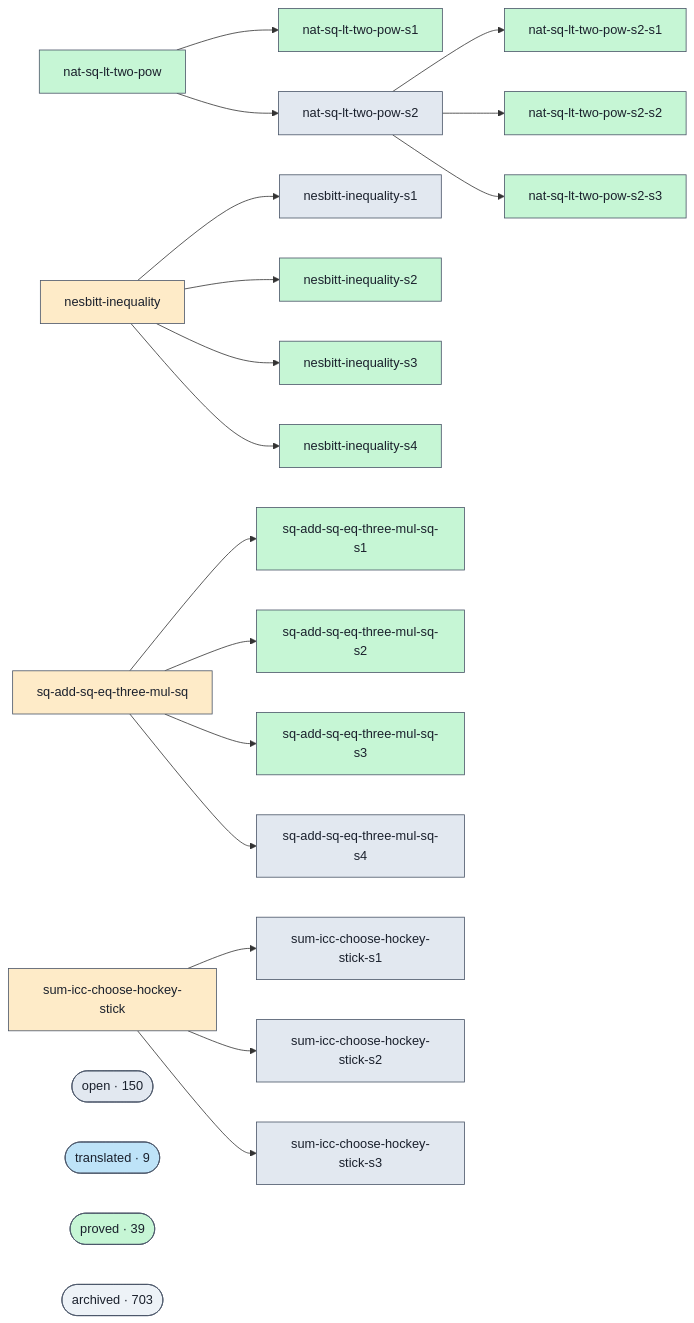
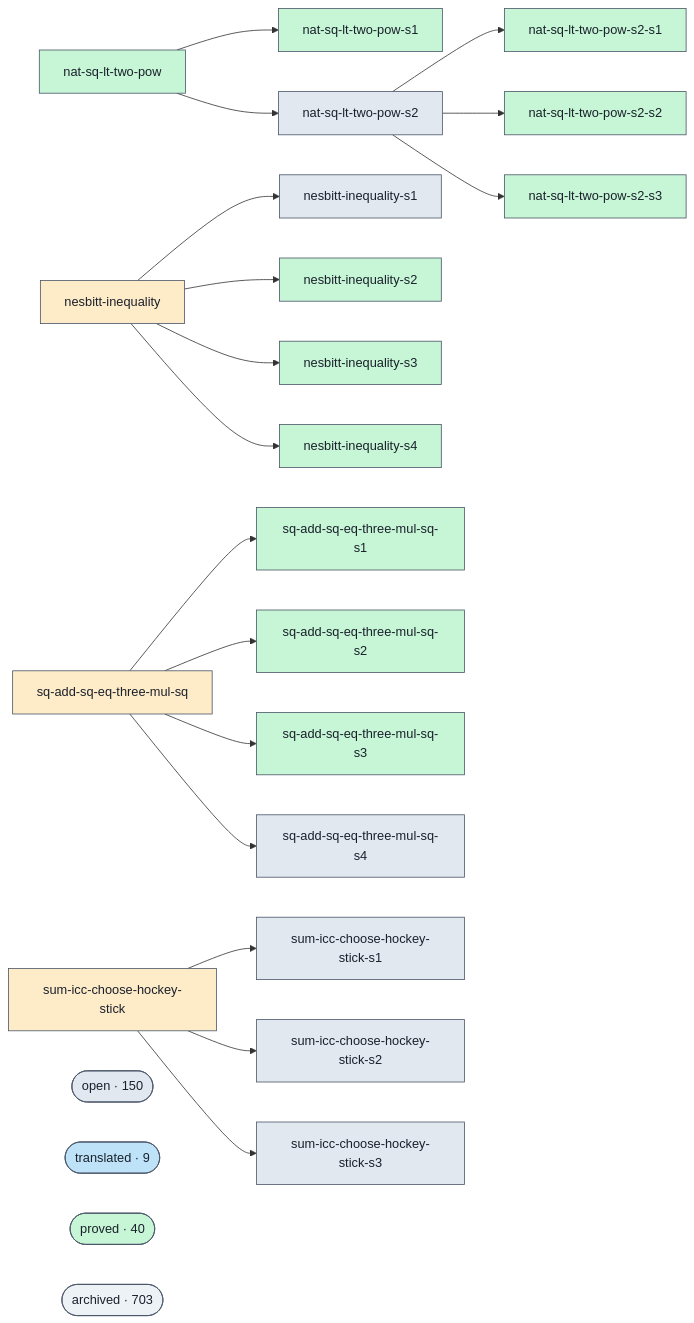
One commit to ohdearquant/unsorry changed the diagram in docs/proofs-contributors-visualisation.md. Above: the diagram before and after it, drawn with Mermaid. The commit also changed other lines of this file and 2 other files, not shown here.

```diff
--- a/docs/proofs-contributors-visualisation.md
+++ b/docs/proofs-contributors-visualisation.md
@@ -102,7 +102,7 @@
   class cluster_open open;
   cluster_translated(["translated · 9"])
   class cluster_translated translated;
-  cluster_proved(["proved · 39"])
+  cluster_proved(["proved · 40"])
   class cluster_proved proved;
   cluster_archived(["archived · 703"])
   class cluster_archived unknown;
```
